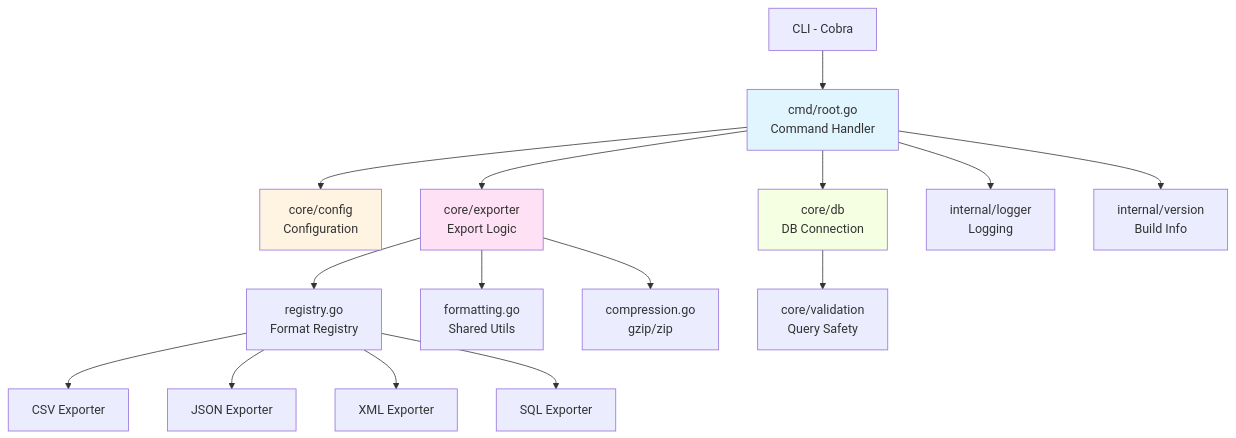
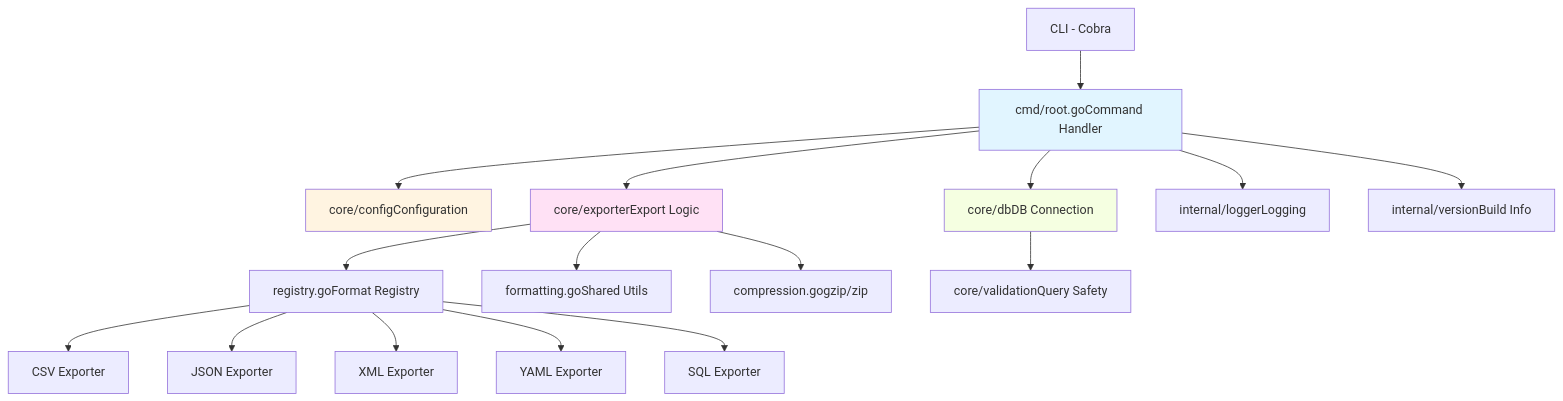
The diagram in README.md (fbz-tec/pgexport), drawn with Mermaid before and after one commit. The commit also changed other lines of this file, not shown here.

Commit message:
update README (new format yaml)

````diff
--- a/README.md
+++ b/README.md
@@ -676,26 +735,27 @@
 ```mermaid
 flowchart TD
-  A[CLI - Cobra] --> B[cmd/root.go<br/>Command Handler]
-  B --> C[core/config<br/>Configuration]
-  B --> D[core/db<br/>DB Connection]
-  B --> E[core/exporter<br/>Export Logic]
+ A[CLI - Cobra] --> B[cmd/root.goCommand Handler]
+  B --> C[core/configConfiguration]
+  B --> D[core/dbDB Connection]
+  B --> E[core/exporterExport Logic]
   
-  E --> E0[registry.go<br/>Format Registry]
+  E --> E0[registry.goFormat Registry]
   E0 --> E1[CSV Exporter]
   E0 --> E2[JSON Exporter]
   E0 --> E3[XML Exporter]
-  E0 --> E4[SQL Exporter]
+  E0 --> E4[YAML Exporter]
+  E0 --> E5[SQL Exporter]
   
-  E --> F[formatting.go<br/>Shared Utils]
-  E --> G[compression.go<br/>gzip/zip]
+  E --> F[formatting.goShared Utils]
+  E --> G[compression.gogzip/zip]
   
-  B --> H[internal/logger<br/>Logging]
-  B --> I[internal/version<br/>Build Info]
+  B --> H[internal/loggerLogging]
+  B --> I[internal/versionBuild Info]
   
-  D --> J[core/validation<br/>Query Safety]
+  D --> J[core/validationQuery Safety]
   
   style B fill:#e1f5ff
   style E fill:#ffe1f5
   style D fill:#f5ffe1
   style C fill:#fff4e1
 ```
````
